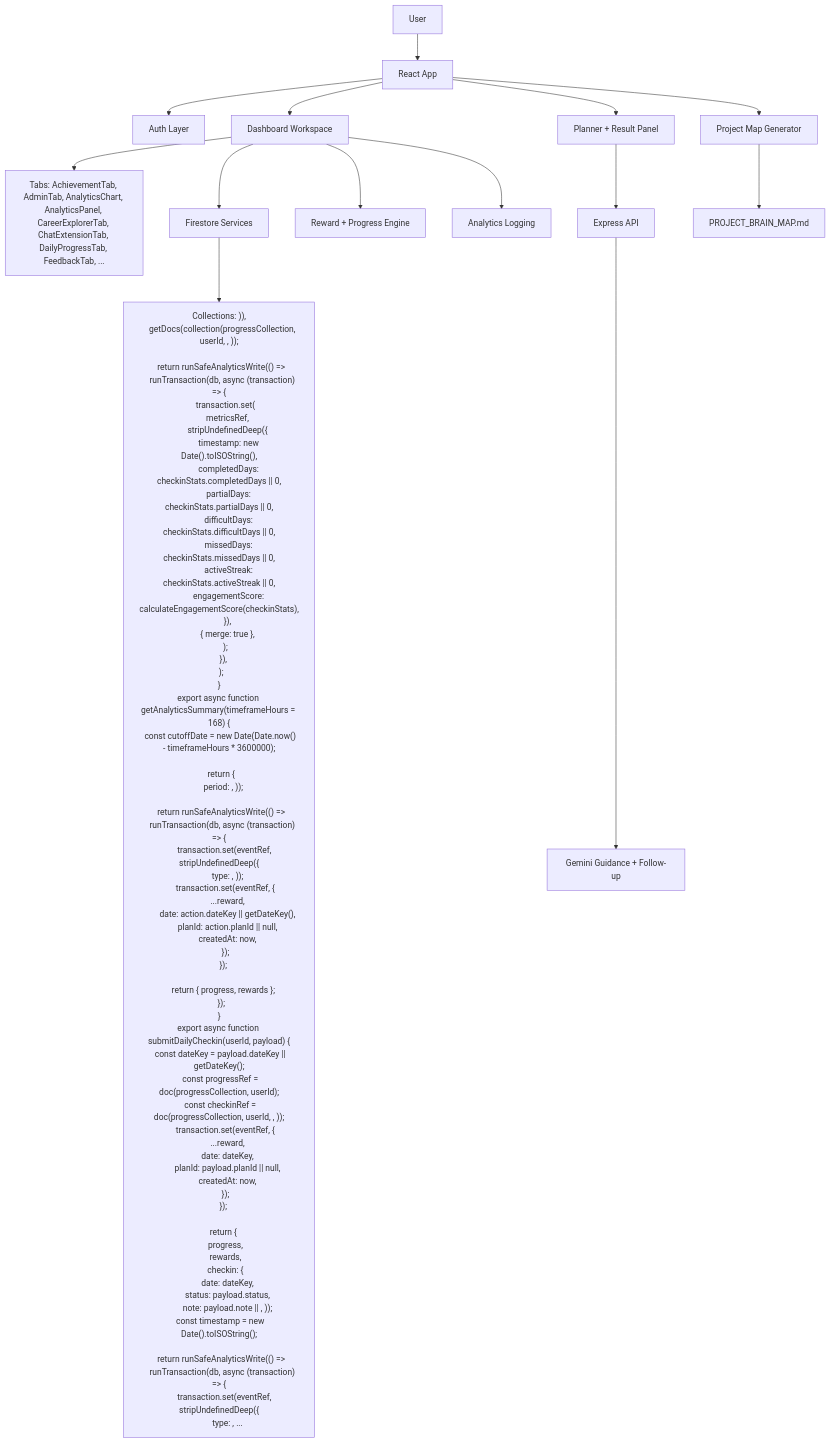
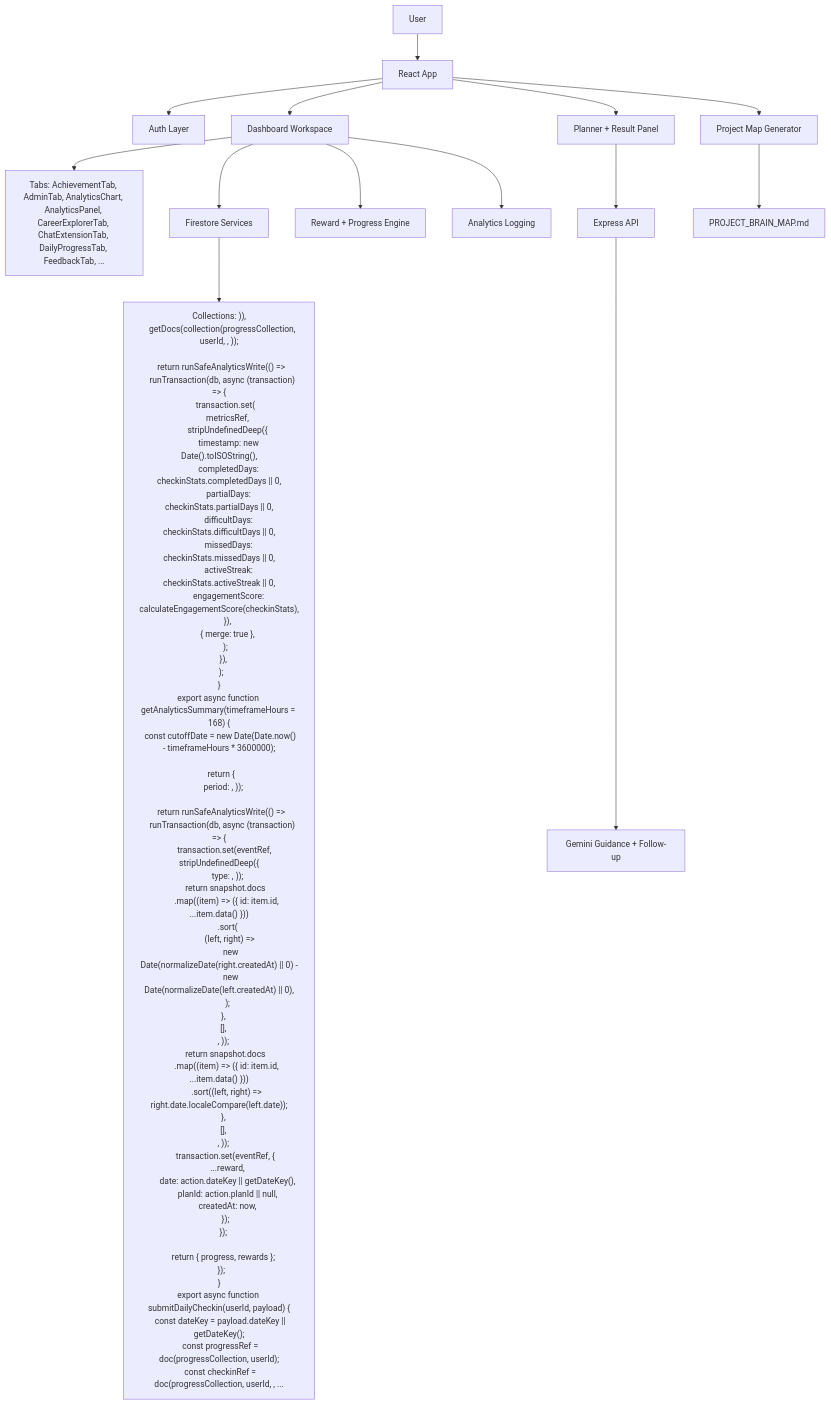
The diagram in PROJECT_BRAIN_MAP.md (bekartikk/life-guidance-pro), drawn with Mermaid before and after one commit. The commit also changed other lines of this file and 18 other files, not shown here.

```diff
--- a/PROJECT_BRAIN_MAP.md
+++ b/PROJECT_BRAIN_MAP.md
@@ -54,6 +54,22 @@
     runTransaction(db, async (transaction) => {
       transaction.set(eventRef, stripUndefinedDeep({
         type: , ));
+      return snapshot.docs
+        .map((item) => ({ id: item.id, ...item.data() }))
+        .sort(
+          (left, right) =>
+            new Date(normalizeDate(right.createdAt) || 0) -
+            new Date(normalizeDate(left.createdAt) || 0),
+        );
+    },
+    [],
+    , ));
+      return snapshot.docs
+        .map((item) => ({ id: item.id, ...item.data() }))
+        .sort((left, right) => right.date.localeCompare(left.date));
+    },
+    [],
+    , ));
       transaction.set(eventRef, {
         ...reward,
         date: action.dateKey || getDateKey(),
@@ -69,28 +85,7 @@
 export async function submitDailyCheckin(userId, payload) {
   const dateKey = payload.dateKey || getDateKey();
   const progressRef = doc(progressCollection, userId);
-  const checkinRef = doc(progressCollection, userId, , ));
-      transaction.set(eventRef, {
-        ...reward,
-        date: dateKey,
-        planId: payload.planId || null,
-        createdAt: now,
-      });
-    });
-
-    return {
-      progress,
-      rewards,
-      checkin: {
-        date: dateKey,
-        status: payload.status,
-        note: payload.note || , ));
-  const timestamp = new Date().toISOString();
-
-  return runSafeAnalyticsWrite(() =>
-    runTransaction(db, async (transaction) => {
-      transaction.set(eventRef, stripUndefinedDeep({
-        type: , ..."]
+  const checkinRef = doc(progressCollection, userId, , ..."]
   D --> K["Reward + Progress Engine"]
   D --> L["Analytics Logging"]
   B --> M["Project Map Generator"]
```
